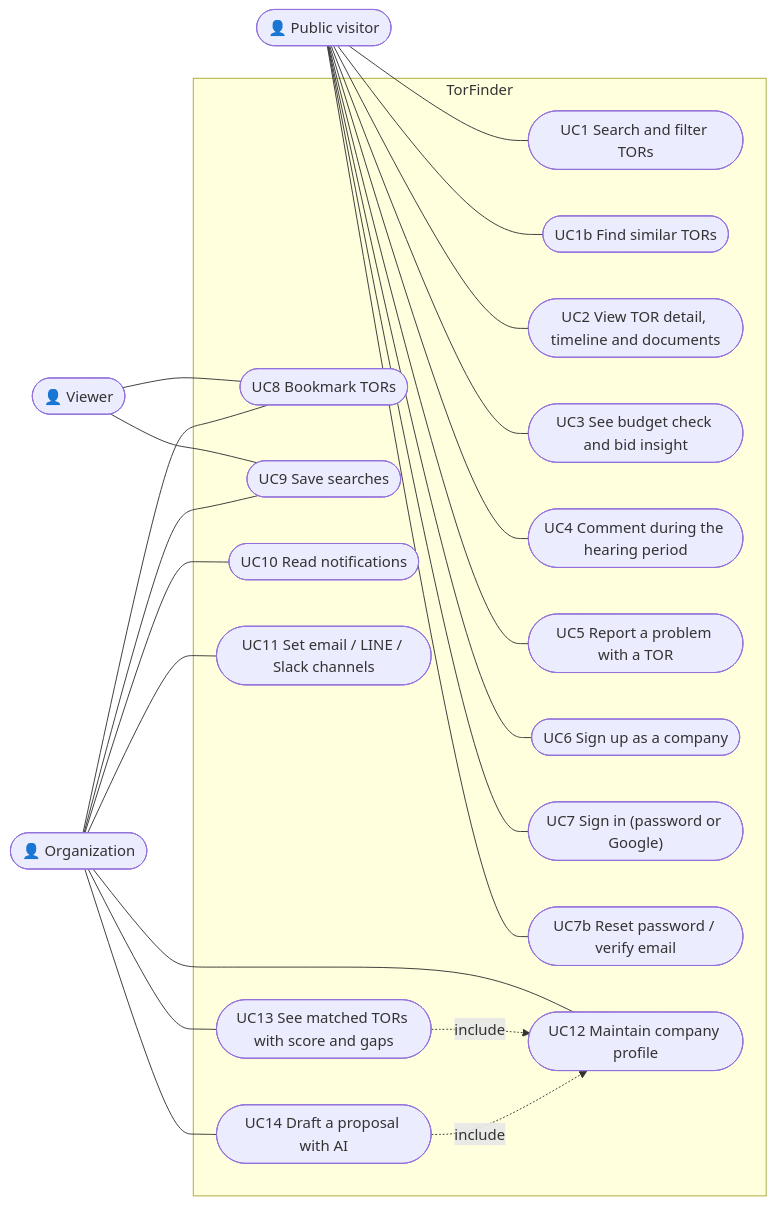
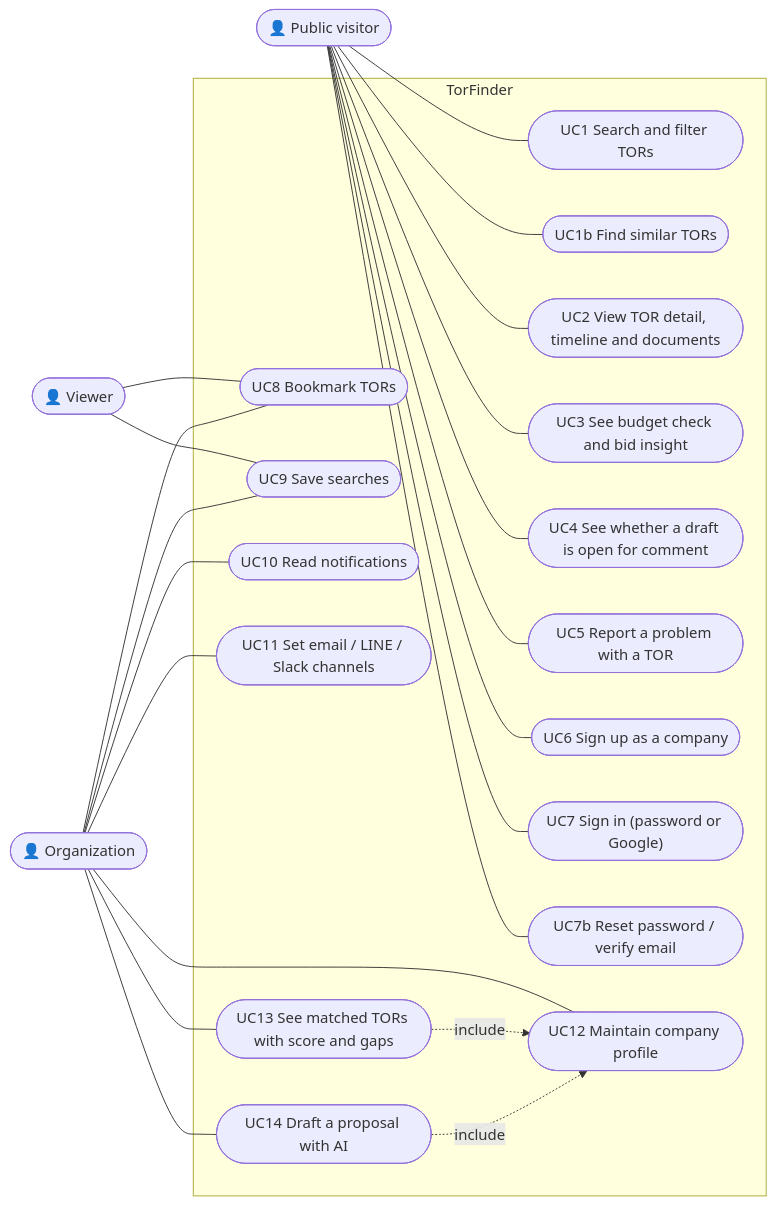
Before and after one commit to PhomMaiWai/TorFinder: the second of 4 diagrams in docs/design/use-case.md, drawn with Mermaid. The commit also changed other lines of this file and 47 other files, not shown here.

````diff
--- a/docs/design/use-case.md
+++ b/docs/design/use-case.md
@@ -43,31 +43,31 @@
 ```mermaid
 flowchart LR
     Public(["👤 Public visitor"])
     Viewer(["👤 Viewer"])
     Org(["👤 Organization"])
 
     subgraph TorFinder["TorFinder"]
         UC1(["UC1 Search and filter TORs"])
         UC1b(["UC1b Find similar TORs"])
         UC2(["UC2 View TOR detail, timeline and documents"])
         UC3(["UC3 See budget check and bid insight"])
-        UC4(["UC4 Comment during the hearing period"])
+        UC4(["UC4 See whether a draft is open for comment"])
         UC5(["UC5 Report a problem with a TOR"])
         UC6(["UC6 Sign up as a company"])
         UC7(["UC7 Sign in (password or Google)"])
         UC7b(["UC7b Reset password / verify email"])
         UC8(["UC8 Bookmark TORs"])
         UC9(["UC9 Save searches"])
         UC10(["UC10 Read notifications"])
         UC11(["UC11 Set email / LINE / Slack channels"])
         UC12(["UC12 Maintain company profile"])
         UC13(["UC13 See matched TORs with score and gaps"])
         UC14(["UC14 Draft a proposal with AI"])
     end
 
     Public --- UC1 & UC1b & UC2 & UC3 & UC4 & UC5 & UC6 & UC7 & UC7b
     Viewer --- UC8 & UC9
     Org --- UC8 & UC9 & UC10 & UC11 & UC12 & UC13 & UC14
     UC13 -. include .-> UC12
     UC14 -. include .-> UC12
 ```
````
